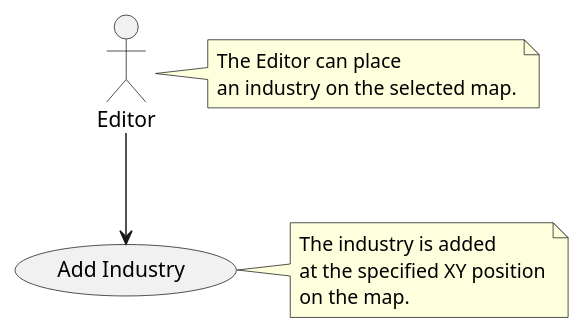
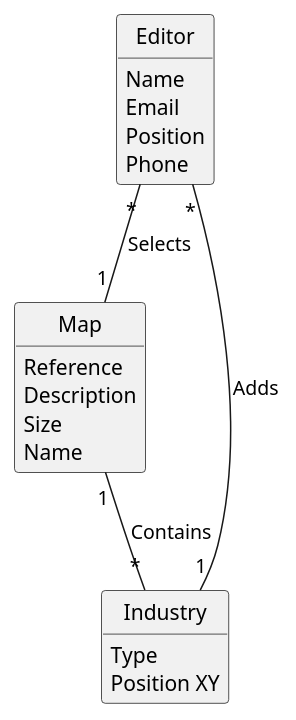
Before and after one commit to Andremonteiro1240850/railway_simulator: the diagram in docs/(template-files)/US02/us02.puml, drawn with PlantUML. The commit also changed 3 other files, not shown here.

Commit message:
Diagrams of US cases (1 trough 4) updated

```diff
--- a/docs/(template-files)/US02/us02.puml
+++ b/docs/(template-files)/US02/us02.puml
@@ -1,16 +1,35 @@
 @startuml
 'https://plantuml.com/use-case-diagram
 
-:Editor: as Editor
-(Add Industry) as (AddIndustry)
-Editor --> (AddIndustry)
+skinparam monochrome true
+skinparam packageStyle rectangle
+skinparam shadowing false
 
-note right of Editor : The Editor can place\nan industry on the selected map.
+skinparam classAttributeIconSize 0
+hide circle
+hide methods
 
-note right of (AddIndustry)
-The industry is added
-at the specified XY position
-on the map.
-end note
+class Editor {
+  Name
+  Email
+  Position
+  Phone
+}
+
+class Map {
+  Reference
+  Description
+  Size
+  Name
+}
+
+class Industry {
+  Type
+  Position XY
+}
+
+Editor "*" -- "1" Map : Selects
+Editor "*" -- "1" Industry :Adds
+Map "1" -- "*" Industry : Contains
 
 @enduml
```
